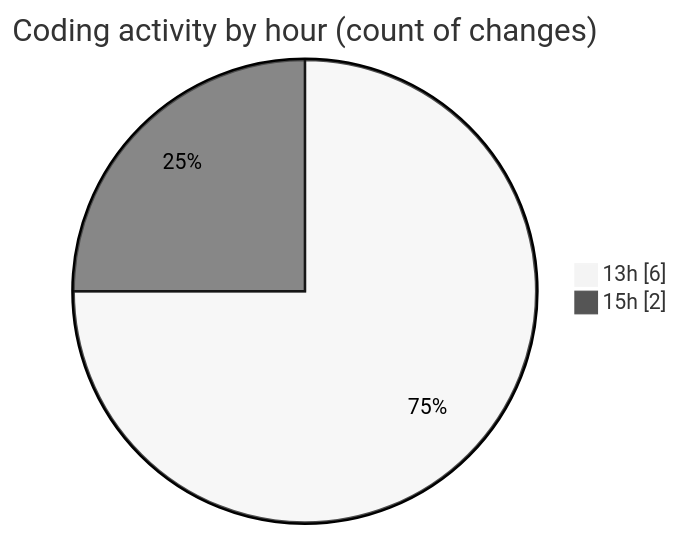
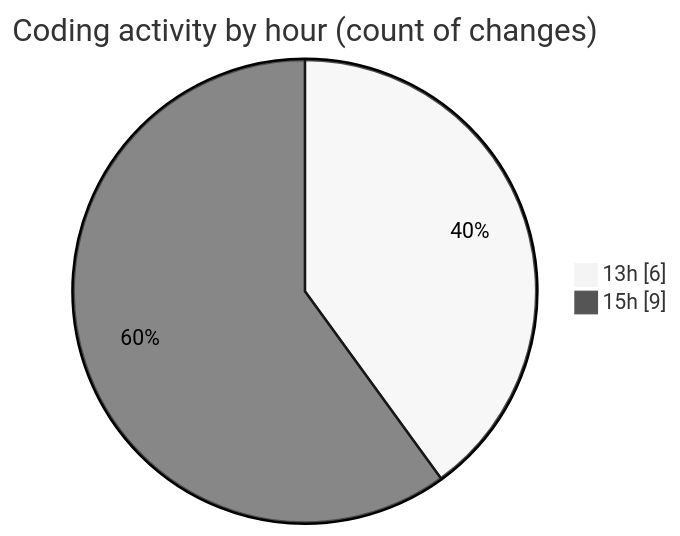
The second of 2 diagrams in 2025-06-12/ecodeli-1/README.md (CELIANVF/code-tracking), drawn with Mermaid (neutral theme) before and after one commit. The commit also changed other lines of this file and 1 other file, not shown here.

````diff
--- a/2025-06-12/ecodeli-1/README.md
+++ b/2025-06-12/ecodeli-1/README.md
@@ -35,6 +40,6 @@
 ```mermaid
 pie showData
 title Coding activity by hour (count of changes)
 "13h" : 6
-"15h" : 2
+"15h" : 9
 ```
````
